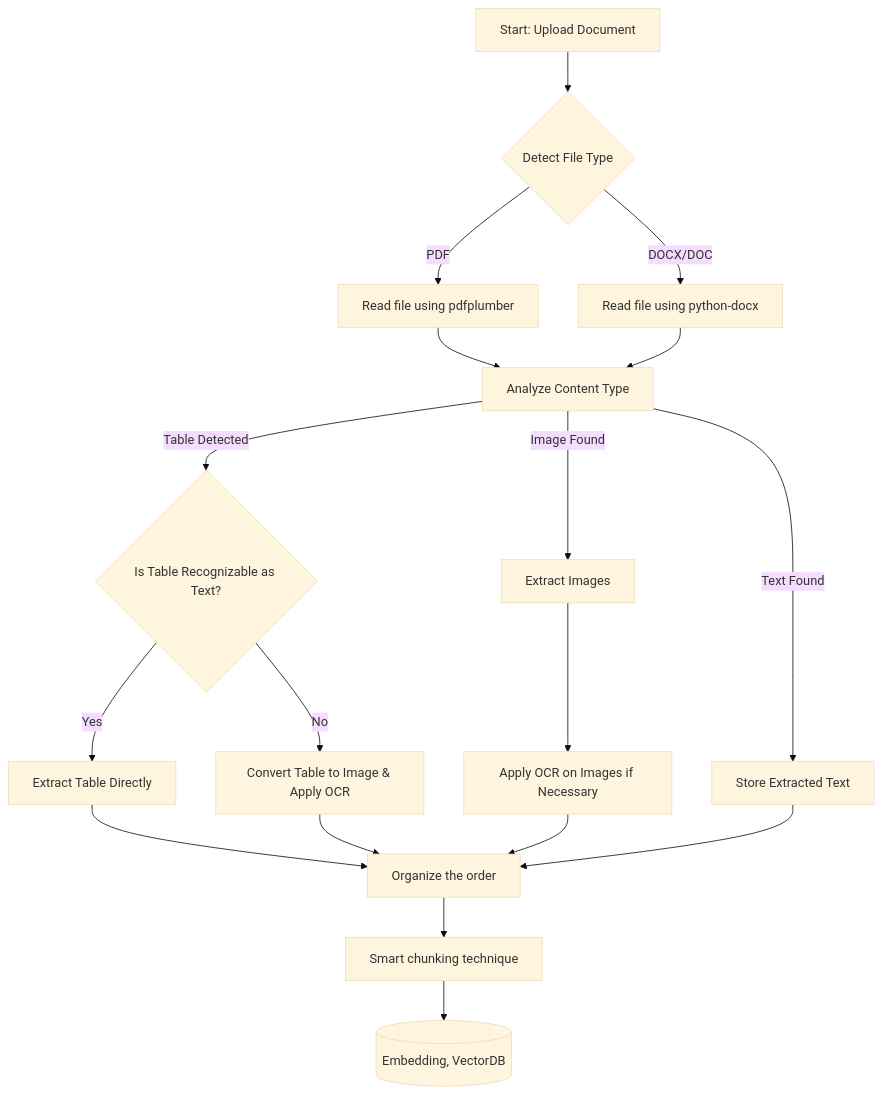
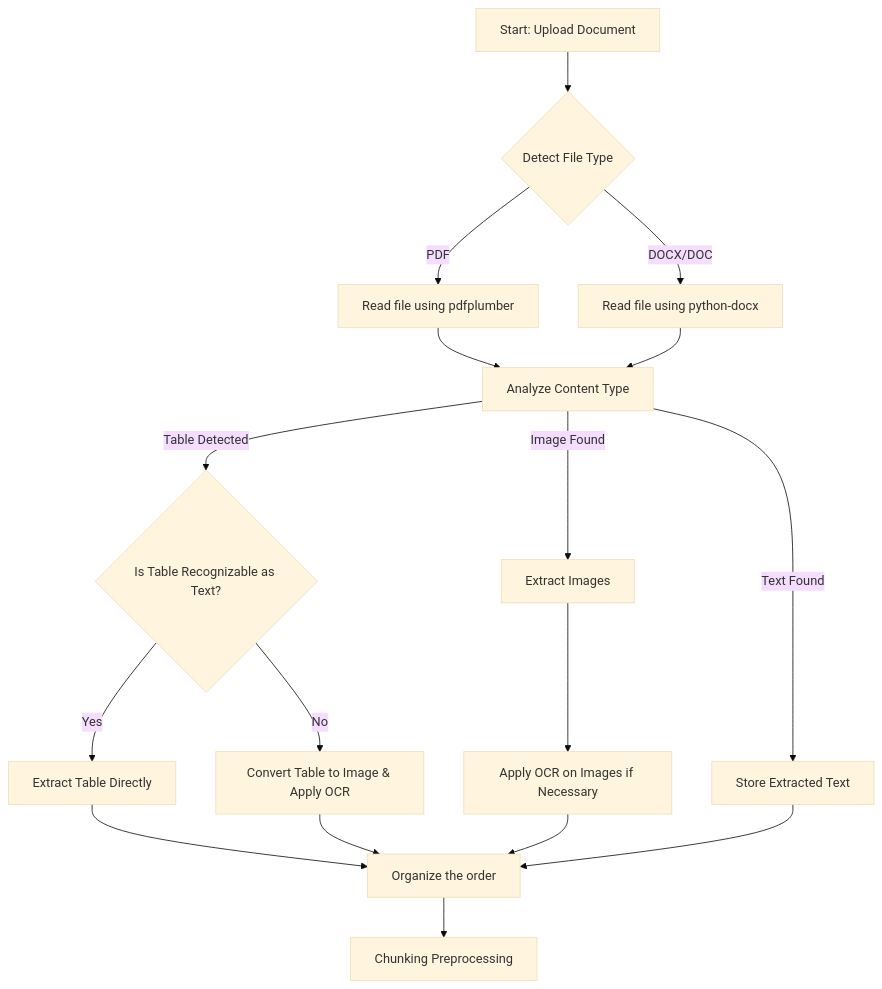
The first of 2 diagrams in PreprocessingIdea.md (VOX304/UniChatbot), drawn with Mermaid (base theme) before and after one commit. The commit also changed other lines of this file, not shown here.

````diff
--- a/PreprocessingIdea.md
+++ b/PreprocessingIdea.md
@@ -4,28 +4,27 @@
 ```mermaid
 graph TD;
 A[Start: Upload Document] --> B{Detect File Type};
 
 B -->|DOCX/DOC| C[Read file using python-docx];
 B -->|PDF| D[Read file using pdfplumber];
 
 D --> E[Analyze Content Type];
 C --> E;
 
 E -->|Text Found| F[Store Extracted Text];
 E -->|Table Detected| G{Is Table Recognizable as Text?};
 E -->|Image Found| H[Extract Images];
 
 G -->|Yes| I[Extract Table Directly];
 G -->|No| J[Convert Table to Image & Apply OCR];
 
 H --> K[Apply OCR on Images if Necessary];
 
 I --> L[Organize the order];
 J --> L;
 K --> L;
 F --> L;
 
-L --> M[Smart chunking technique];
-M --> N[(Embedding, VectorDB)];
+L --> M[Chunking Preprocessing];
 
-```		
+```
````
